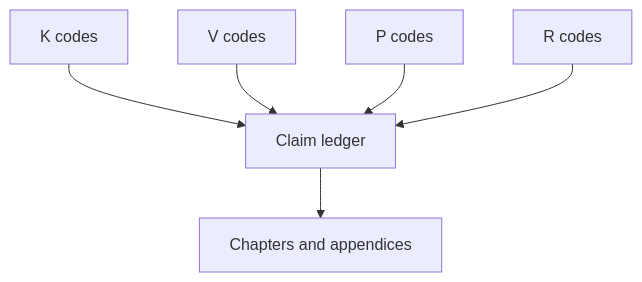
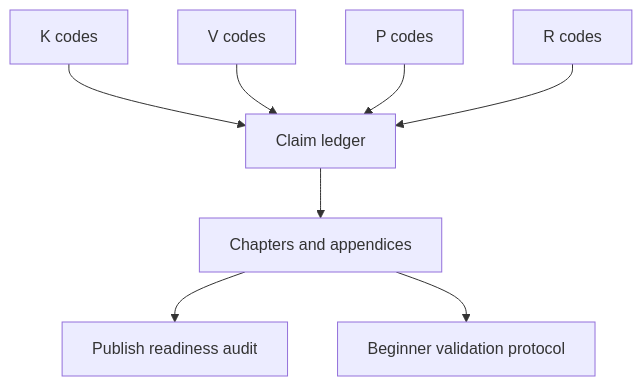
Before and after one commit to streamentry/streamentry: the second of 3 diagrams in book/references/AGENTS.md, drawn with Mermaid. The commit also changed other lines of this file and 35 other files, not shown here.

First line of the commit message:
Publish beginner-hardened handbook and EPUB edition (#1)

````diff
--- a/book/references/AGENTS.md
+++ b/book/references/AGENTS.md
@@ -26,8 +32,10 @@
 ```mermaid
 flowchart TB
   K["K codes"] --> L["Claim ledger"]
   V["V codes"] --> L
   P["P codes"] --> L
   R["R codes"] --> L
   L --> C["Chapters and appendices"]
+  C --> Q["Publish readiness audit"]
+  C --> U["Beginner validation protocol"]
 ```
````
